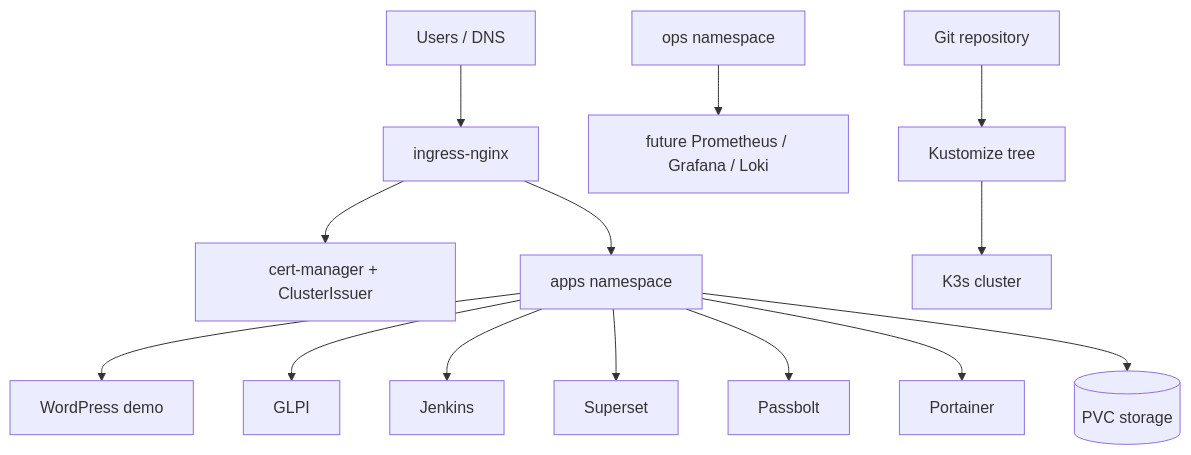
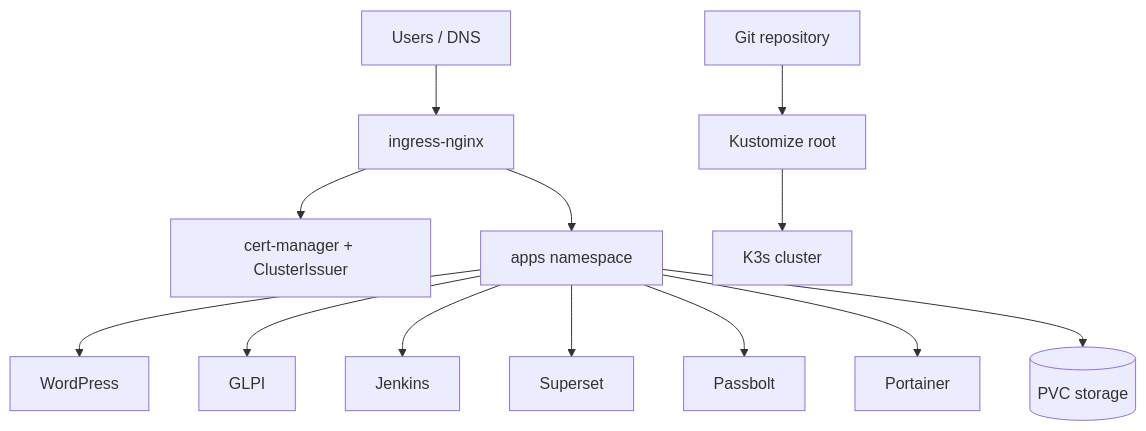
The diagram in README.md (AnouarMohamed/k3s-platform), drawn with Mermaid before and after one commit. The commit also changed other lines of this file and 16 other files, not shown here.

````diff
--- a/README.md
+++ b/README.md
@@ -22,16 +22,15 @@
 ```mermaid
 flowchart TB
   users[Users / DNS] --> edge[ingress-nginx]
   edge --> cert[cert-manager + ClusterIssuer]
   edge --> apps[apps namespace]
-  apps --> wp[WordPress demo]
+  apps --> wp[WordPress]
   apps --> glpi[GLPI]
   apps --> jenkins[Jenkins]
   apps --> superset[Superset]
   apps --> passbolt[Passbolt]
   apps --> portainer[Portainer]
   apps --> pvc[(PVC storage)]
-  ops[ops namespace] --> obs[future Prometheus / Grafana / Loki]
-  git[Git repository] --> kustomize[Kustomize tree]
+  git[Git repository] --> kustomize[Kustomize root]
   kustomize --> cluster[K3s cluster]
 ```
````
